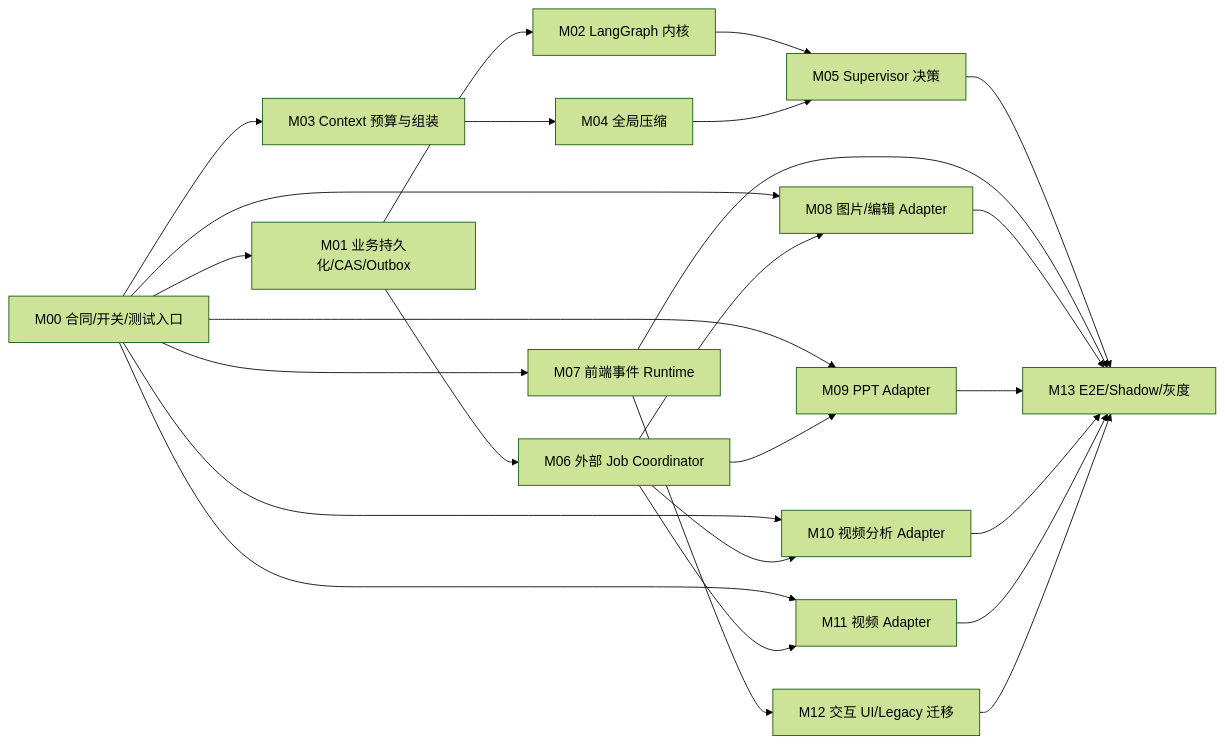
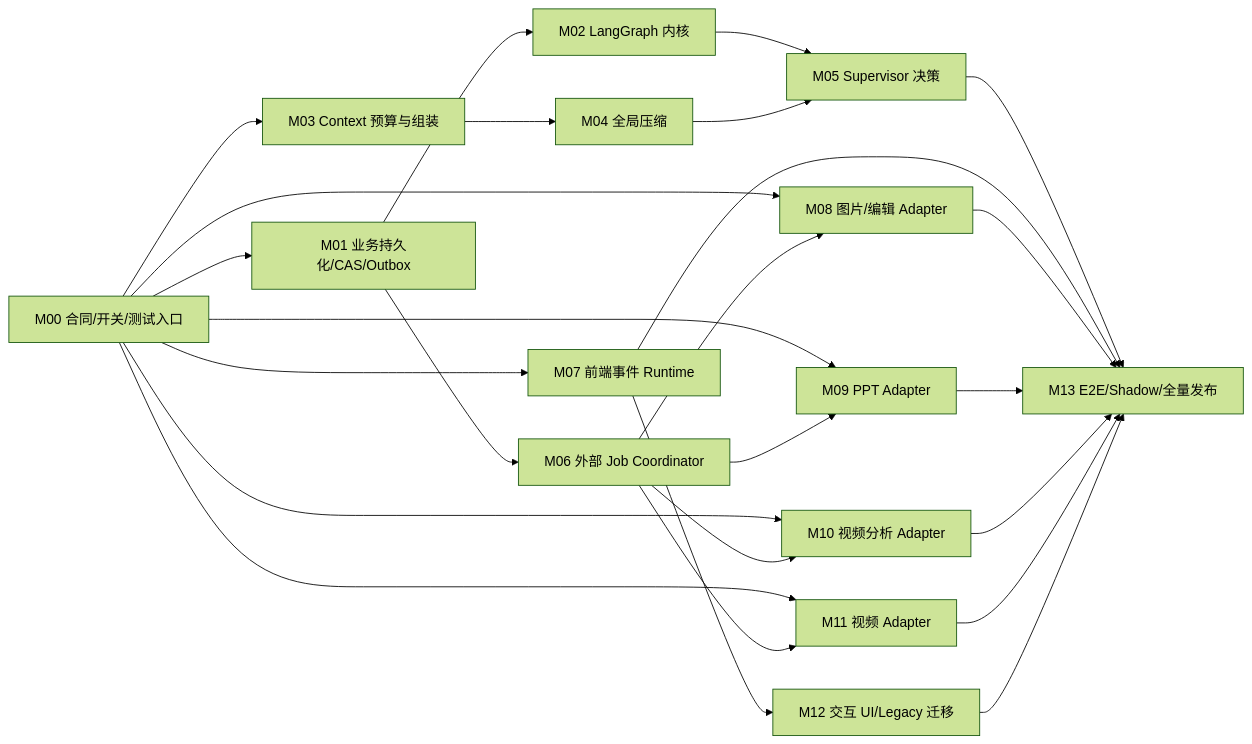
The diagram in docs/agentization/work-breakdown.md (joyslxd/pixelflow), drawn with Mermaid (forest theme) before and after one commit. The commit also changed other lines of this file and 12 other files, not shown here.

````diff
--- a/docs/agentization/work-breakdown.md
+++ b/docs/agentization/work-breakdown.md
@@ -19,37 +19,37 @@
 ```mermaid
 flowchart LR
     M00["M00 合同/开关/测试入口"]
     M01["M01 业务持久化/CAS/Outbox"]
     M02["M02 LangGraph 内核"]
     M03["M03 Context 预算与组装"]
     M04["M04 全局压缩"]
     M05["M05 Supervisor 决策"]
     M06["M06 外部 Job Coordinator"]
     M07["M07 前端事件 Runtime"]
     M08["M08 图片/编辑 Adapter"]
     M09["M09 PPT Adapter"]
     M10["M10 视频分析 Adapter"]
     M11["M11 视频 Adapter"]
     M12["M12 交互 UI/Legacy 迁移"]
-    M13["M13 E2E/Shadow/灰度"]
+    M13["M13 E2E/Shadow/全量发布"]
 
     M00 --> M01 --> M02 --> M05
     M00 --> M03 --> M04 --> M05
     M01 --> M06
     M00 --> M07 --> M12
     M00 --> M08
     M00 --> M09
     M00 --> M10
     M00 --> M11
     M06 --> M08
     M06 --> M09
     M06 --> M10
     M06 --> M11
     M05 --> M13
     M07 --> M13
     M08 --> M13
     M09 --> M13
     M10 --> M13
     M11 --> M13
     M12 --> M13
 ```
````
